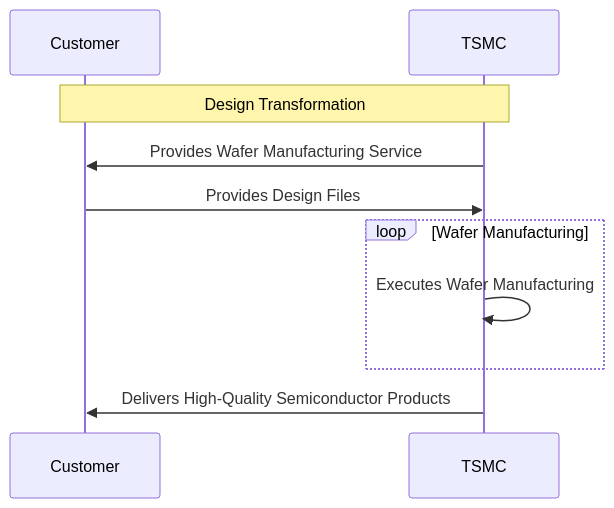
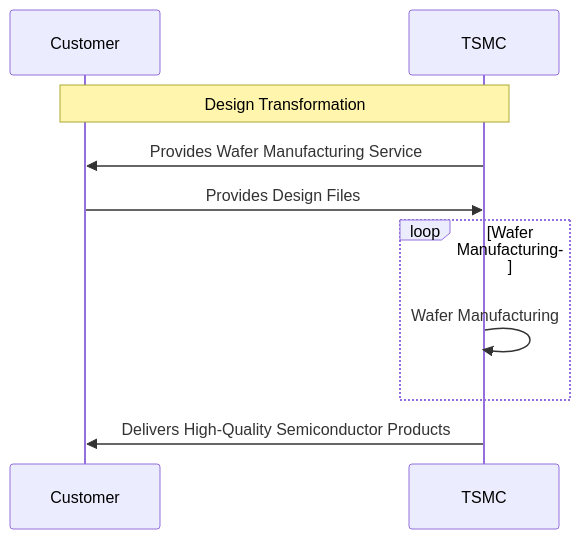
Before and after one commit to a920604a/engineernews: the diagram in src/content/posts/tech/_2026-05-09-ai-tsmc96298.en.md, drawn with Mermaid. The commit also changed 8 other files, not shown here.

Commit message:
fix: auto-fix mermaid syntax errors in posts

````diff
--- a/src/content/posts/tech/_2026-05-09-ai-tsmc96298.en.md
+++ b/src/content/posts/tech/_2026-05-09-ai-tsmc96298.en.md
@@ -30,12 +30,12 @@
 ```mermaid
 sequenceDiagram
     participant Customer as Customer
     participant TSMC as TSMC
     Note over Customer, TSMC: Design Transformation
     TSMC->>Customer: Provides Wafer Manufacturing Service
     Customer->>TSMC: Provides Design Files
     loop Wafer Manufacturing
-        TSMC->>TSMC: Executes Wafer Manufacturing
+        TSMC->>TSMC: Wafer Manufacturing
     end
     TSMC->>Customer: Delivers High-Quality Semiconductor Products
 ```
````
